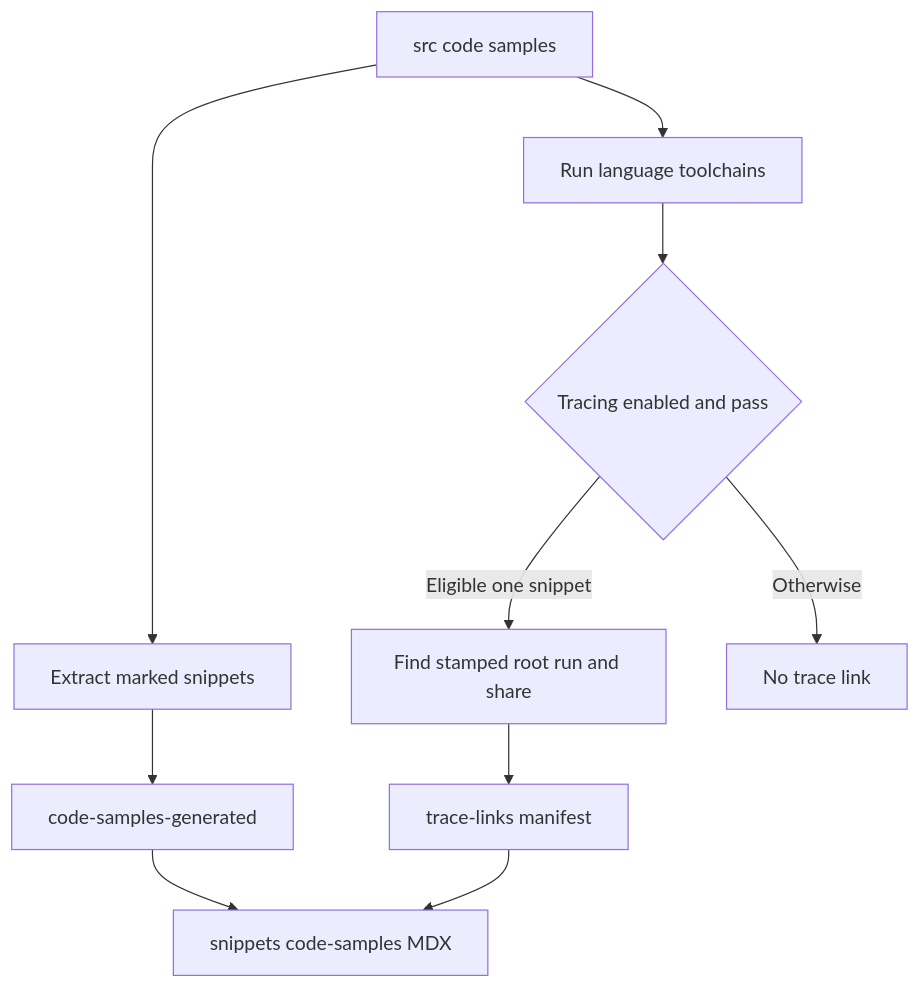
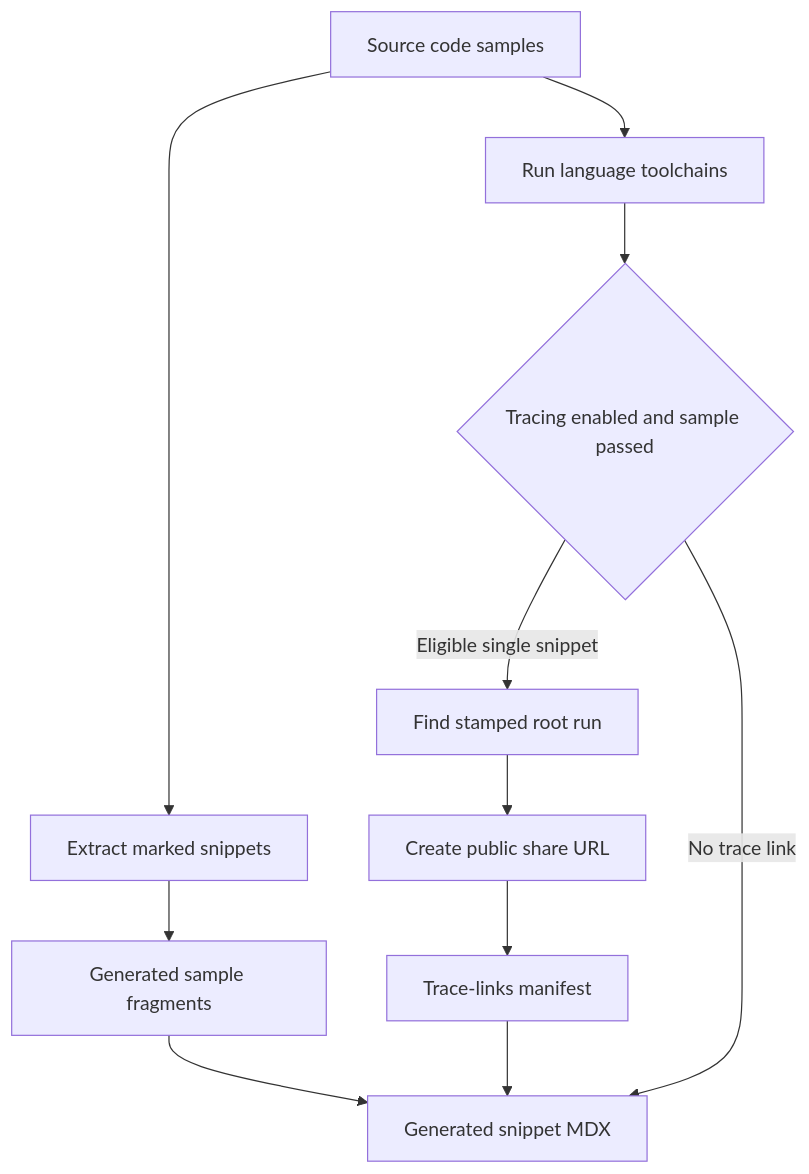
The second of 2 diagrams in openwiki/operations/cli-tools.md (rishi-raj-jain/docs-1), drawn with Mermaid before and after one commit. The commit also changed other lines of this file and 50 other files, not shown here.

````diff
--- a/openwiki/operations/cli-tools.md
+++ b/openwiki/operations/cli-tools.md
@@ -141,12 +143,13 @@
 ```mermaid
 flowchart TD
-  Source["src code samples"] --> Test["Run language toolchains"]
+  Source["Source code samples"] --> Test["Run language toolchains"]
   Source --> Extract["Extract marked snippets"]
-  Extract --> Intermediate["code-samples-generated"]
-  Intermediate --> MDX["snippets code-samples MDX"]
-  Test --> Gate{"Tracing enabled and pass"}
-  Gate -->|"Eligible one snippet"| Share["Find stamped root run and share"]
-  Share --> Manifest["trace-links manifest"]
+  Extract --> Intermediate["Generated sample fragments"]
+  Intermediate --> MDX["Generated snippet MDX"]
+  Test --> Gate{"Tracing enabled and sample passed"}
+  Gate -->|"Eligible single snippet"| Find["Find stamped root run"]
+  Find --> Share["Create public share URL"]
+  Share --> Manifest["Trace-links manifest"]
   Manifest --> MDX
-  Gate -->|"Otherwise"| Skip["No trace link"]
+  Gate -->|"No trace link"| MDX
 ```
````
